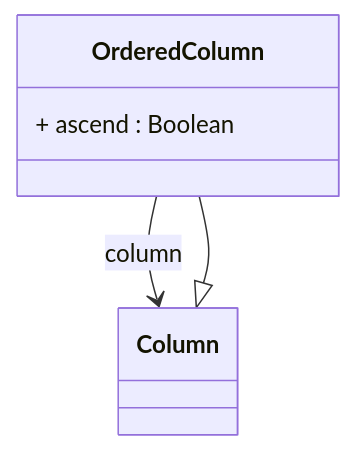
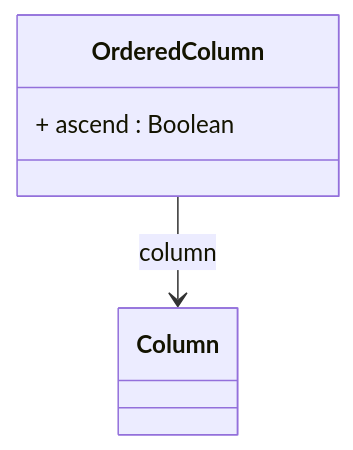
The diagram in docs/cubeserver/model/class-OrderedColumn.md (eclipse-daanse/eclipse-daanse.github.io), drawn with Mermaid before and after one commit. The commit also changed other lines of this file and 200 other files, not shown here.

````diff
--- a/docs/cubeserver/model/class-OrderedColumn.md
+++ b/docs/cubeserver/model/class-OrderedColumn.md
@@ -73,10 +73,10 @@
 ```mermaid
 classDiagram
   class OrderedColumn {
     + ascend : Boolean
   }
 
-  Column <|-- OrderedColumn
+
   OrderedColumn --> Column : column
 
 ```
````
